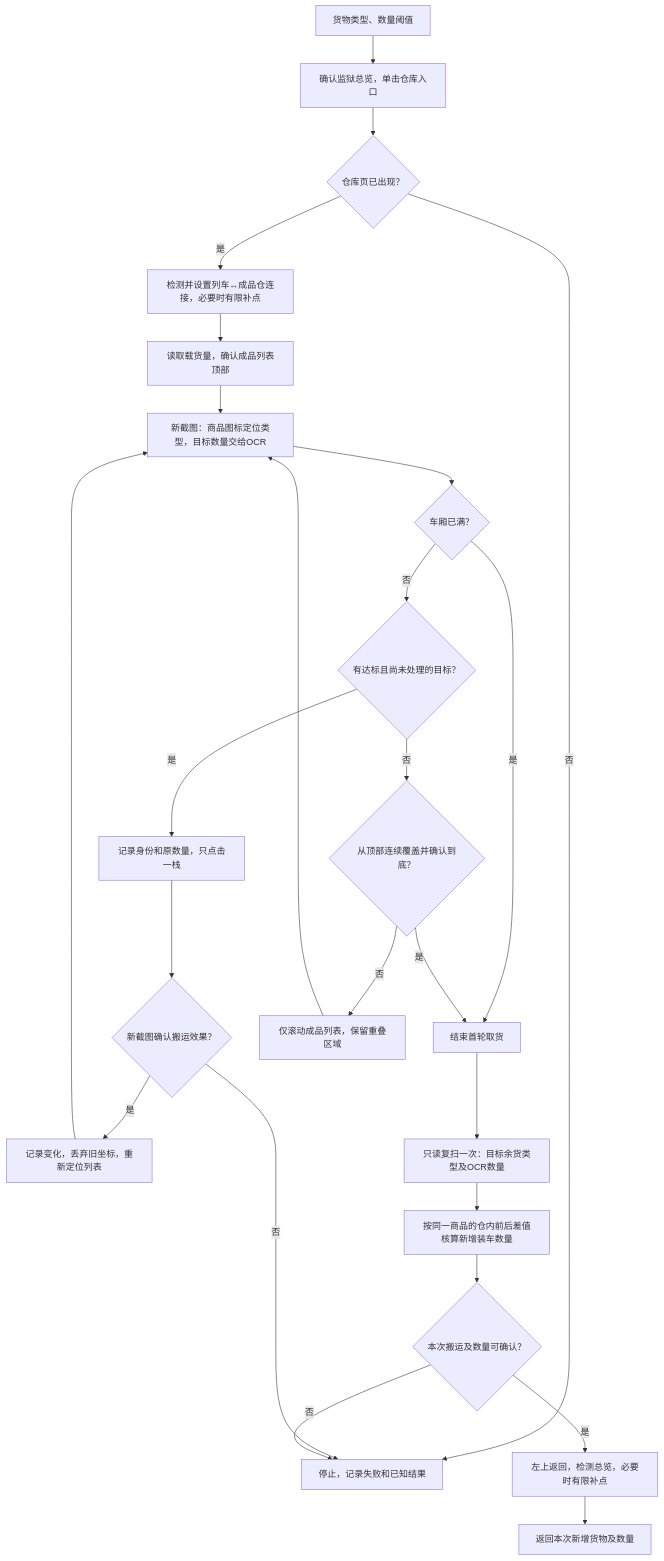
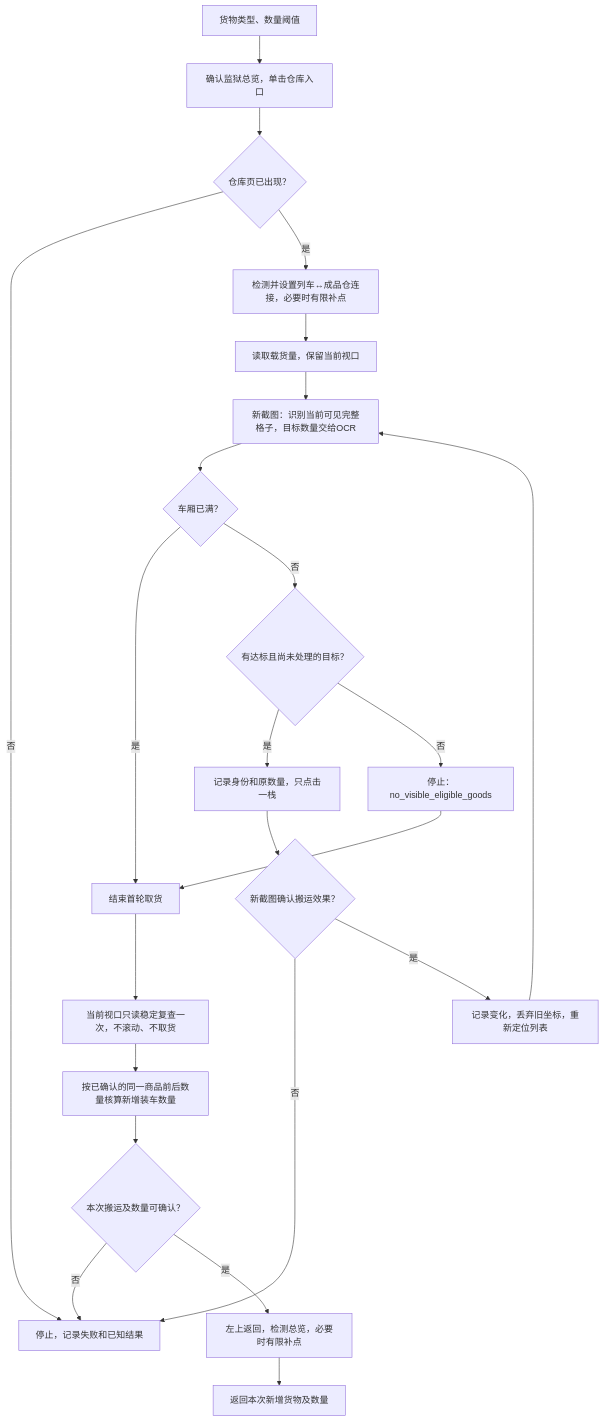
Before and after one commit to nightofknife/Aura_script_lsns: the diagram in docs/developer-guide/resonance-pc-product-warehouse-transfer-design.md, drawn with Mermaid. The commit also changed other lines of this file and 112 other files, not shown here.

````diff
--- a/docs/developer-guide/resonance-pc-product-warehouse-transfer-design.md
+++ b/docs/developer-guide/resonance-pc-product-warehouse-transfer-design.md
@@ -28,27 +29,25 @@
 ```mermaid
 flowchart TD
     A["货物类型、数量阈值"] --> B["确认监狱总览，单击仓库入口"]
     B --> C{"仓库页已出现？"}
     C -->|否| X["停止，记录失败和已知结果"]
     C -->|是| D["检测并设置列车↔成品仓连接，必要时有限补点"]
-    D --> E["读取载货量，确认成品列表顶部"]
-    E --> F["新截图：商品图标定位类型，目标数量交给OCR"]
+    D --> E["读取载货量，保留当前视口"]
+    E --> F["新截图：识别当前可见完整格子，目标数量交给OCR"]
     F --> G{"车厢已满？"}
     G -->|是| K["结束首轮取货"]
     G -->|否| H{"有达标且尚未处理的目标？"}
     H -->|是| I["记录身份和原数量，只点击一栈"]
     I --> J{"新截图确认搬运效果？"}
     J -->|否| X
     J -->|是| R["记录变化，丢弃旧坐标，重新定位列表"]
     R --> F
-    H -->|否| S{"从顶部连续覆盖并确认到底？"}
-    S -->|否| T["仅滚动成品列表，保留重叠区域"]
-    T --> F
-    S -->|是| K
-    K --> L["只读复扫一次：目标余货类型及OCR数量"]
-    L --> M["按同一商品的仓内前后差值核算新增装车数量"]
+    H -->|否| S["停止：no_visible_eligible_goods"]
+    S --> K
+    K --> L["当前视口只读稳定复查一次，不滚动、不取货"]
+    L --> M["按已确认的同一商品前后数量核算新增装车数量"]
     M --> N{"本次搬运及数量可确认？"}
     N -->|否| X
     N -->|是| O["左上返回，检测总览，必要时有限补点"]
     O --> P["返回本次新增货物及数量"]
 ```
````
